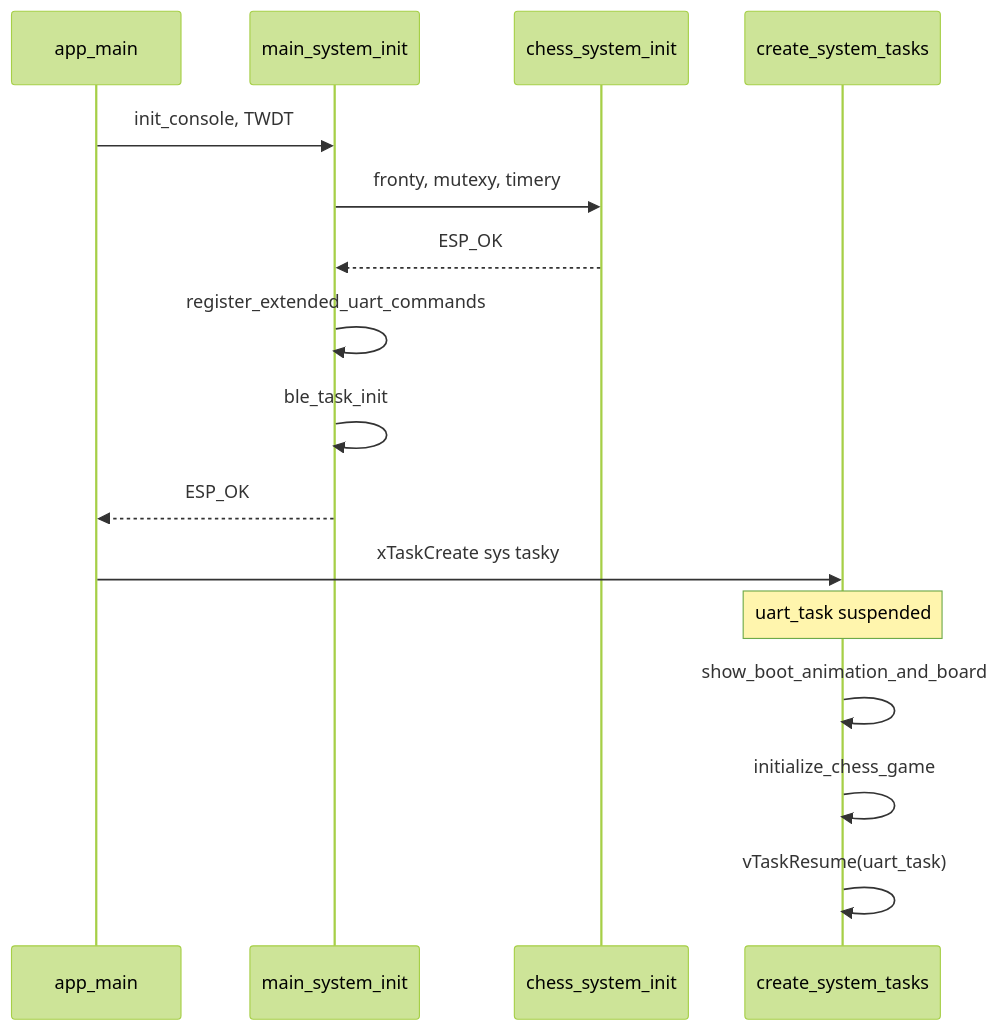
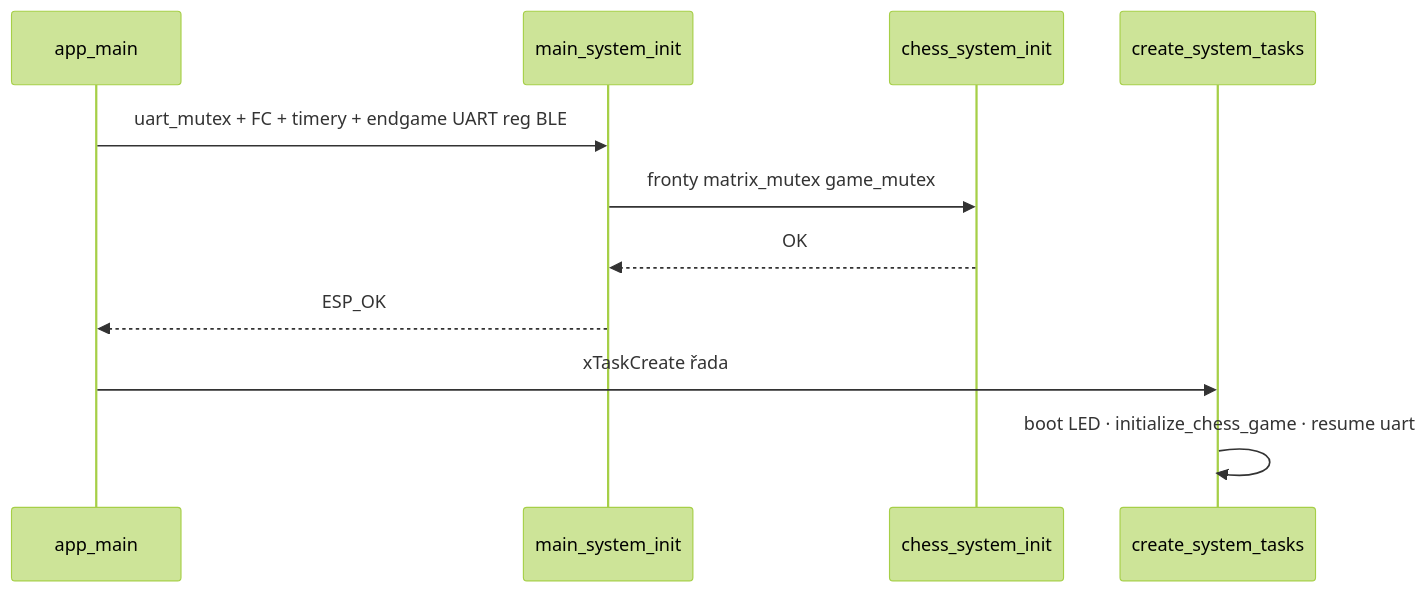
One commit to AlfredKrutina/chess_esp32_c6_devkit changed the first of 2 diagrams in docs/diagrams/README.md. Above: the diagram before and after it, drawn with Mermaid (forest theme). The commit also changed other lines of this file and 21 other files, not shown here.

First line of the commit message:
docs(diagrams): přesná topologie, rozšířený README a nové .mmd

````diff
--- a/docs/diagrams/README.md
+++ b/docs/diagrams/README.md
@@ -55,20 +83,13 @@
 ```mermaid
 sequenceDiagram
   participant AM as app_main
   participant SYS as main_system_init
-  participant CH as chess_system_init
-  participant BT as create_system_tasks
-
-  AM->>SYS: init_console, TWDT
-  SYS->>CH: fronty, mutexy, timery
-  CH-->>SYS: ESP_OK
-  SYS->>SYS: register_extended_uart_commands
-  SYS->>SYS: ble_task_init
+  participant FC as chess_system_init
+  participant CR as create_system_tasks
+  AM->>SYS: uart_mutex + FC + timery + endgame UART reg BLE
+  SYS->>FC: fronty matrix_mutex game_mutex
+  FC-->>SYS: OK
   SYS-->>AM: ESP_OK
-
-  AM->>BT: xTaskCreate sys tasky
-  Note over BT: uart_task suspended
-  BT->>BT: show_boot_animation_and_board
-  BT->>BT: initialize_chess_game
-  BT->>BT: vTaskResume(uart_task)
+  AM->>CR: xTaskCreate řada
+  CR->>CR: boot LED · initialize_chess_game · resume uart
 ```
````
